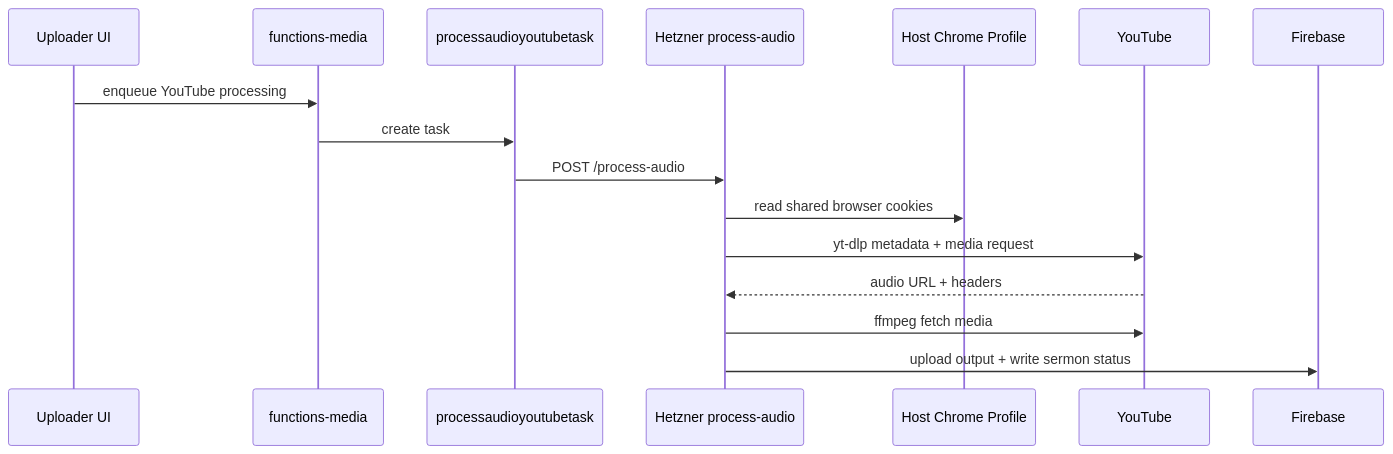
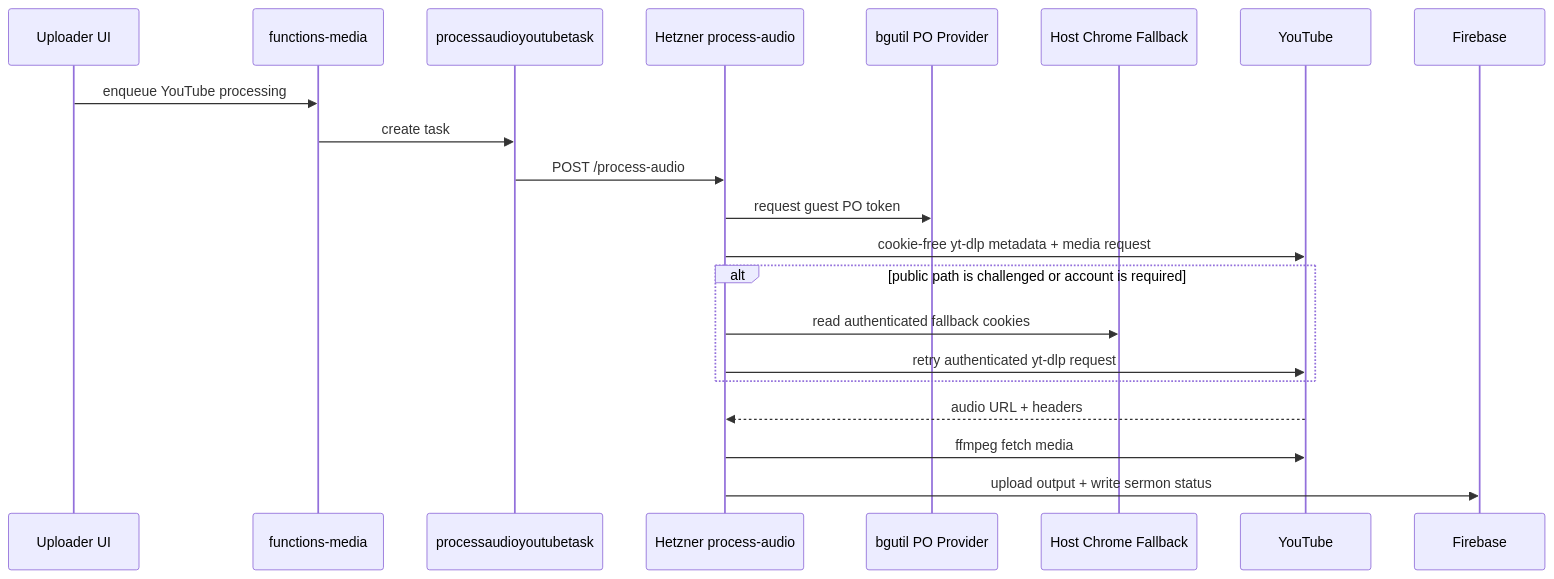
One commit to upperroommedia/web-app changed the second of 3 diagrams in ops/process-audio-hetzner/README.md. Above: the diagram before and after it, drawn with Mermaid. The commit also changed other lines of this file and 22 other files, not shown here.

Commit message:
fix: recover YouTube downloads with authenticated fallback

````diff
--- a/ops/process-audio-hetzner/README.md
+++ b/ops/process-audio-hetzner/README.md
@@ -98,19 +105,24 @@
 ```mermaid
 sequenceDiagram
   participant UI as Uploader UI
   participant FM as functions-media
   participant Q as processaudioyoutubetask
   participant H as Hetzner process-audio
-  participant C as Host Chrome Profile
+  participant P as bgutil PO Provider
+  participant C as Host Chrome Fallback
   participant Y as YouTube
   participant F as Firebase
 
   UI->>FM: enqueue YouTube processing
   FM->>Q: create task
   Q->>H: POST /process-audio
-  H->>C: read shared browser cookies
-  H->>Y: yt-dlp metadata + media request
+  H->>P: request guest PO token
+  H->>Y: cookie-free yt-dlp metadata + media request
+  alt public path is challenged or account is required
+    H->>C: read authenticated fallback cookies
+    H->>Y: retry authenticated yt-dlp request
+  end
   Y-->>H: audio URL + headers
   H->>Y: ffmpeg fetch media
   H->>F: upload output + write sermon status
 ```
````
